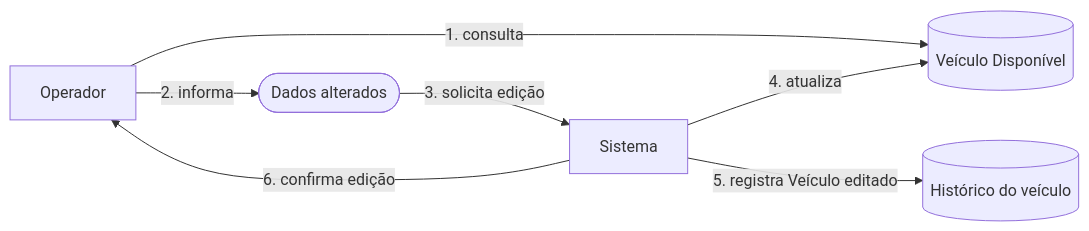
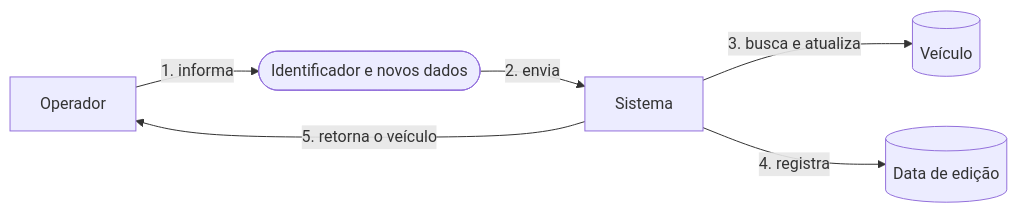
The second of 5 diagrams in docs/ddd/domain-storytelling.md (edionay/fiap-r), drawn with Mermaid before and after one commit. The commit also changed other lines of this file and 2 other files, not shown here.

````diff
--- a/docs/ddd/domain-storytelling.md
+++ b/docs/ddd/domain-storytelling.md
@@ -67,15 +39,14 @@
 ```mermaid
 flowchart LR
     O[Operador]
-    A([Dados alterados])
+    D([Identificador e novos dados])
     S[Sistema]
-    V[(Veículo Disponível)]
-    H[(Histórico do veículo)]
+    V[(Veículo)]
+    H[(Data de edição)]
 
-    O -->|1. consulta| V
-    O -->|2. informa| A
-    A -->|3. solicita edição| S
-    S -->|4. atualiza| V
-    S -->|5. registra Veículo editado| H
-    S -->|6. confirma edição| O
+    O -->|1. informa| D
+    D -->|2. envia| S
+    S -->|3. busca e atualiza| V
+    S -->|4. registra| H
+    S -->|5. retorna o veículo| O
 ```
````
